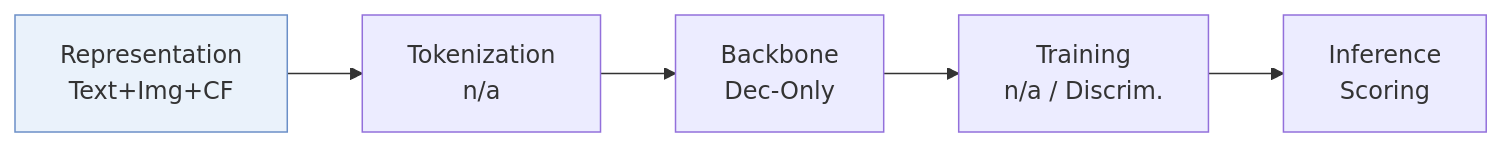
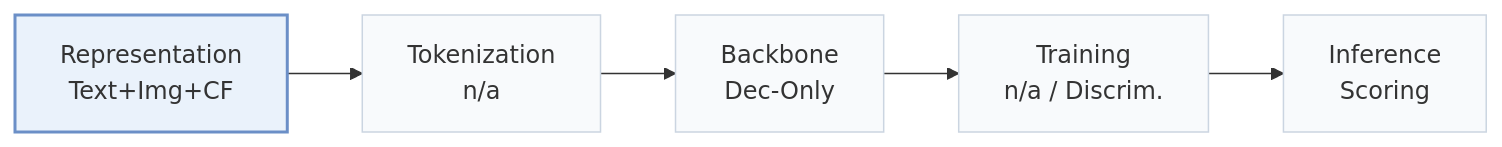
One commit to Galaxy-ghost/Awesome-SID-Generative-Rec changed the diagram in pages/papers/molar.md. Above: the diagram before and after it, drawn with Mermaid. The commit also changed other lines of this file and 649 other files, not shown here.

Commit message:
writer-05: also tags and modality index (schema, check, build, visuals); summary field removed; calibration data for 12 papers

````diff
--- a/pages/papers/molar.md
+++ b/pages/papers/molar.md
@@ -13,6 +15,8 @@
 ```mermaid
 flowchart LR
     R["Representation<br/>Text+Img+CF"] --> T["Tokenization<br/>n/a"] --> B["Backbone<br/>Dec-Only"] --> TR["Training<br/>n/a / Discrim."] --> I["Inference<br/>Scoring"]
-    classDef main fill:#eaf2fb,stroke:#6b8fc7
+    classDef base fill:#f8fafc,stroke:#cbd5e1
+    class R,T,B,TR,I base
+    classDef main fill:#eaf2fb,stroke:#6b8fc7,stroke-width:2px
     class R main
 ```
````
